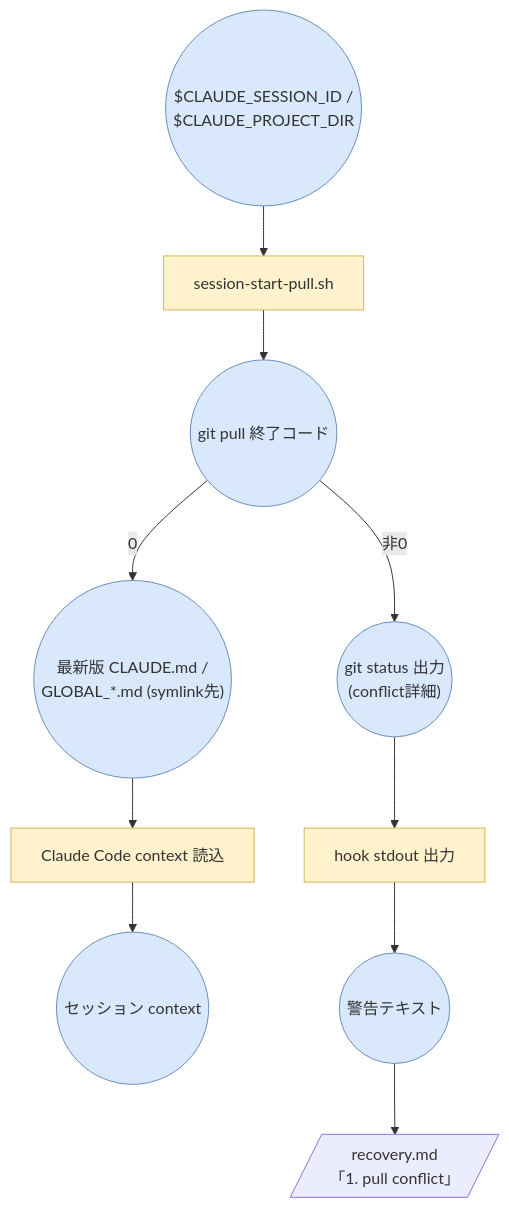
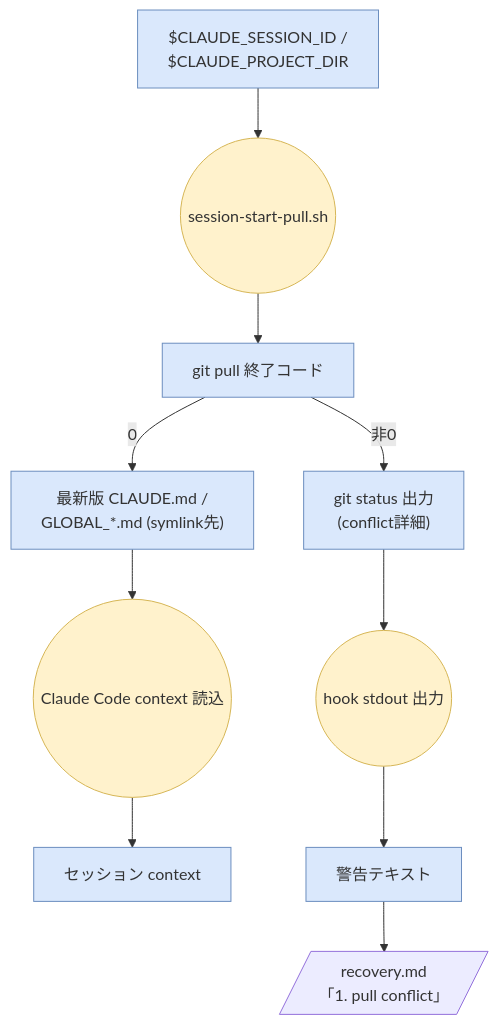
Before and after one commit to honokani/dot_claude: the first of 2 diagrams in features/auto_manage/flow_diagram.md, drawn with Mermaid. The commit also changed other lines of this file and 3 other files, not shown here.

````diff
--- a/features/auto_manage/flow_diagram.md
+++ b/features/auto_manage/flow_diagram.md
@@ -10,22 +10,22 @@
 ```mermaid
 flowchart TD
-    O1(("$CLAUDE_SESSION_ID /<br/>$CLAUDE_PROJECT_DIR"))
-    T1["session-start-pull.sh"]
-    O2(("git pull 終了コード"))
-    O3(("最新版 CLAUDE.md /<br/>GLOBAL_*.md (symlink先)"))
-    T2["Claude Code context 読込"]
-    O4(("セッション context"))
-    O5(("git status 出力<br/>(conflict詳細)"))
-    T3["hook stdout 出力"]
-    O6(("警告テキスト"))
+    O1["$CLAUDE_SESSION_ID /<br/>$CLAUDE_PROJECT_DIR"]
+    T1(("session-start-pull.sh"))
+    O2["git pull 終了コード"]
+    O3["最新版 CLAUDE.md /<br/>GLOBAL_*.md (symlink先)"]
+    T2(("Claude Code context 読込"))
+    O4["セッション context"]
+    O5["git status 出力<br/>(conflict詳細)"]
+    T3(("hook stdout 出力"))
+    O6["警告テキスト"]
     R1[/"recovery.md<br/>「1. pull conflict」"/]
 
     O1 --> T1 --> O2
     O2 -->|"0"| O3 --> T2 --> O4
     O2 -->|"非0"| O5 --> T3 --> O6 --> R1
 
     classDef obj fill:#dae8fc,stroke:#6c8ebf
     classDef task fill:#fff2cc,stroke:#d6b656
     class O1,O2,O3,O4,O5,O6 obj
     class T1,T2,T3 task
 ```
````
